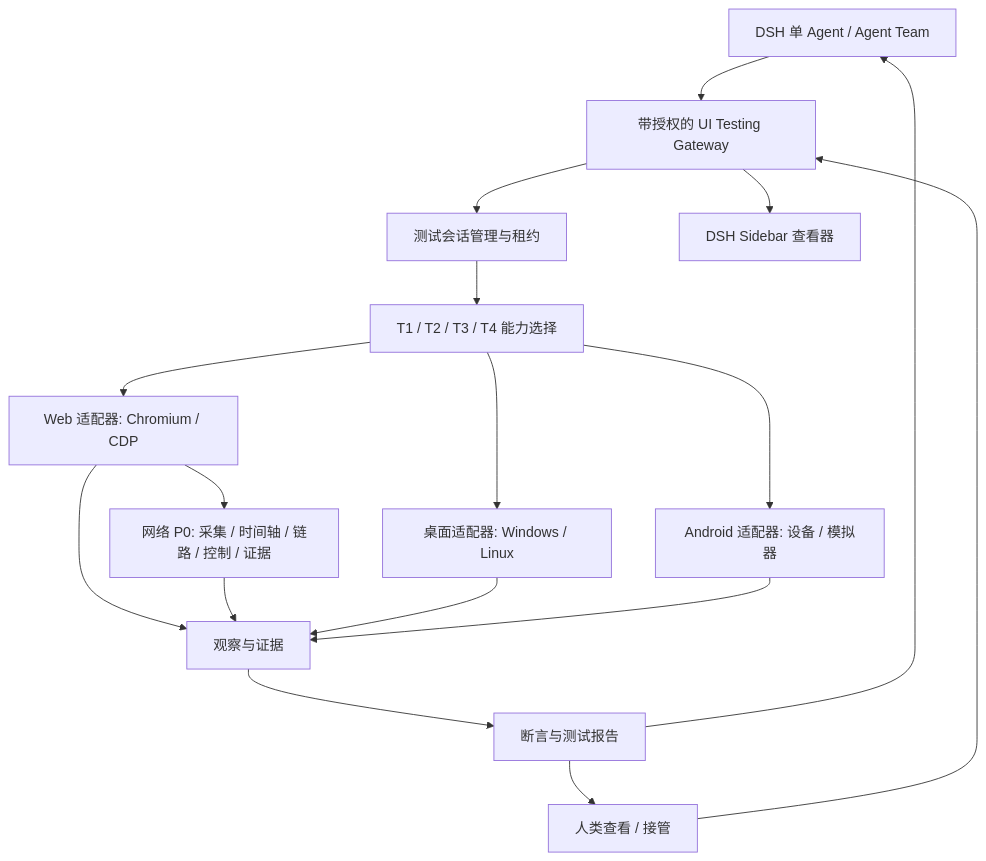
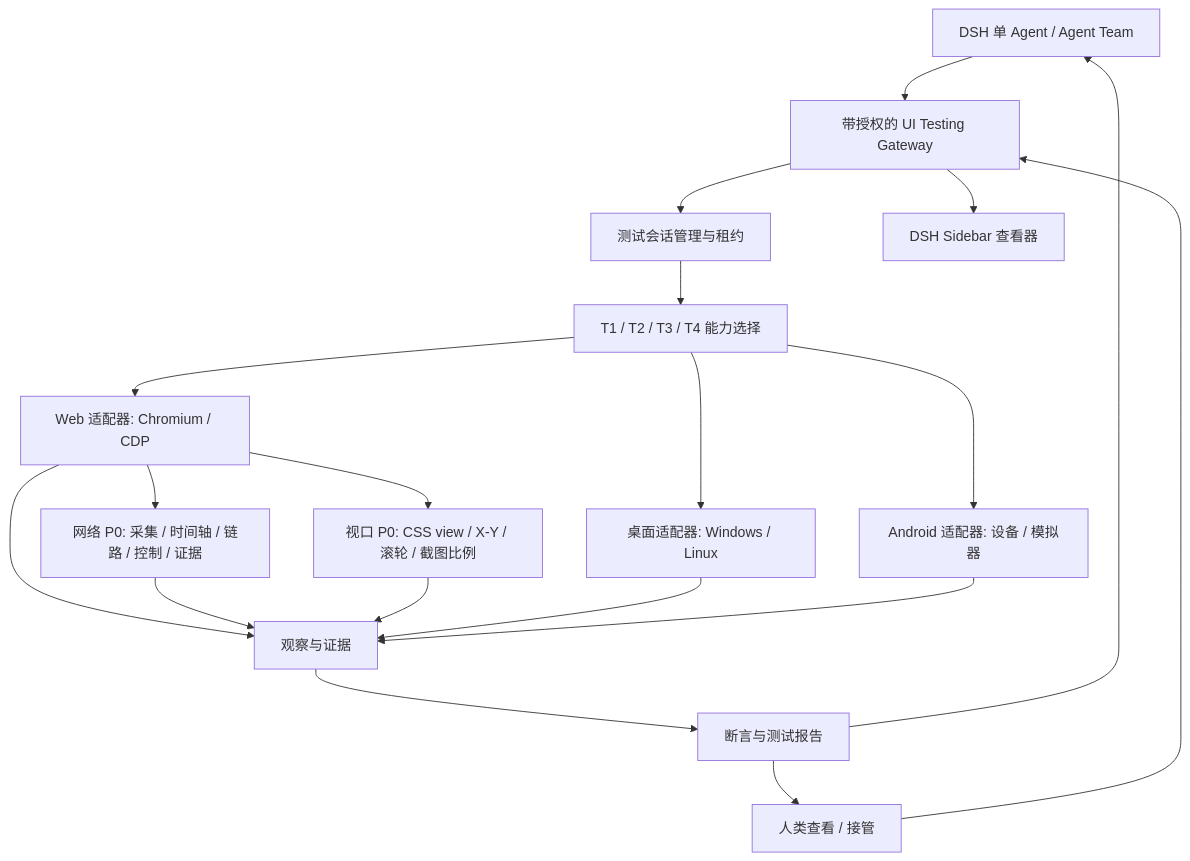
One commit to bloodarea/dsh-agent-team-ui-testing changed the diagram in README_zh.md. Above: the diagram before and after it, drawn with Mermaid. The commit also changed other lines of this file and 40 other files, not shown here.

````diff
--- a/README_zh.md
+++ b/README_zh.md
@@ -180,19 +186,21 @@
 ```mermaid
 flowchart TD
     A[DSH 单 Agent / Agent Team] --> G[带授权的 UI Testing Gateway]
     H[人类查看 / 接管] --> G
     G --> M[测试会话管理与租约]
     G --> V[DSH Sidebar 查看器]
     M --> P[T1 / T2 / T3 / T4 能力选择]
     P --> B[Web 适配器: Chromium / CDP]
     B --> N[网络 P0: 采集 / 时间轴 / 链路 / 控制 / 证据]
+    B --> C[视口 P0: CSS view / X-Y / 滚轮 / 截图比例]
     P --> D[桌面适配器: Windows / Linux]
     P --> R[Android 适配器: 设备 / 模拟器]
     B --> E[观察与证据]
     N --> E
+    C --> E
     D --> E
     R --> E
     E --> X[断言与测试报告]
     X --> A
     X --> H
 ```
````
